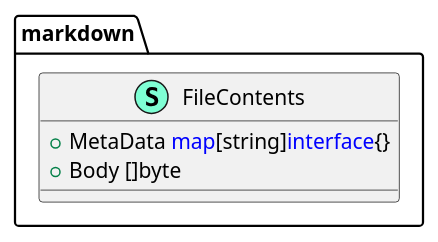
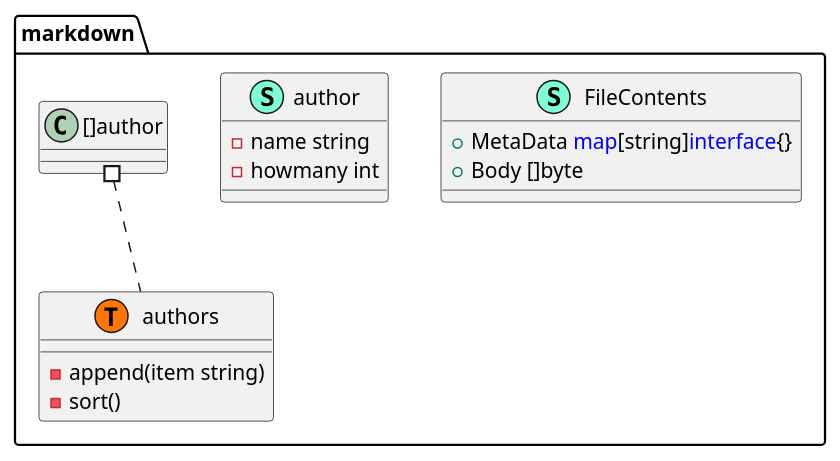
The diagram in markdown/markdown-markdown-to-confluence-markdown-to-confluence-pumldiagram.puml (xiatechs/markdown-to-confluence), drawn with PlantUML before and after one commit. The commit also changed 1 other file, not shown here.

Commit message:
author sort so it's stable

```diff
--- a/markdown/markdown-markdown-to-confluence-markdown-to-confluence-pumldiagram.puml
+++ b/markdown/markdown-markdown-to-confluence-markdown-to-confluence-pumldiagram.puml
@@ -1,11 +1,24 @@
 @startuml
 namespace markdown {
     class FileContents << (S,Aquamarine) >> {
         + MetaData <font color=blue>map</font>[string]<font color=blue>interface</font>{}
         + Body []byte
 
     }
+    class author << (S,Aquamarine) >> {
+        - name string
+        - howmany int
+
+    }
+    class authors << (S,Aquamarine) >> {
+        - append(item string) 
+        - sort() 
+
+    }
+    class markdown.authors << (T, #FF7700) >>  {
+    }
 }
 
 
+"markdown.[]author" #.. "markdown.authors"
 @enduml
```
